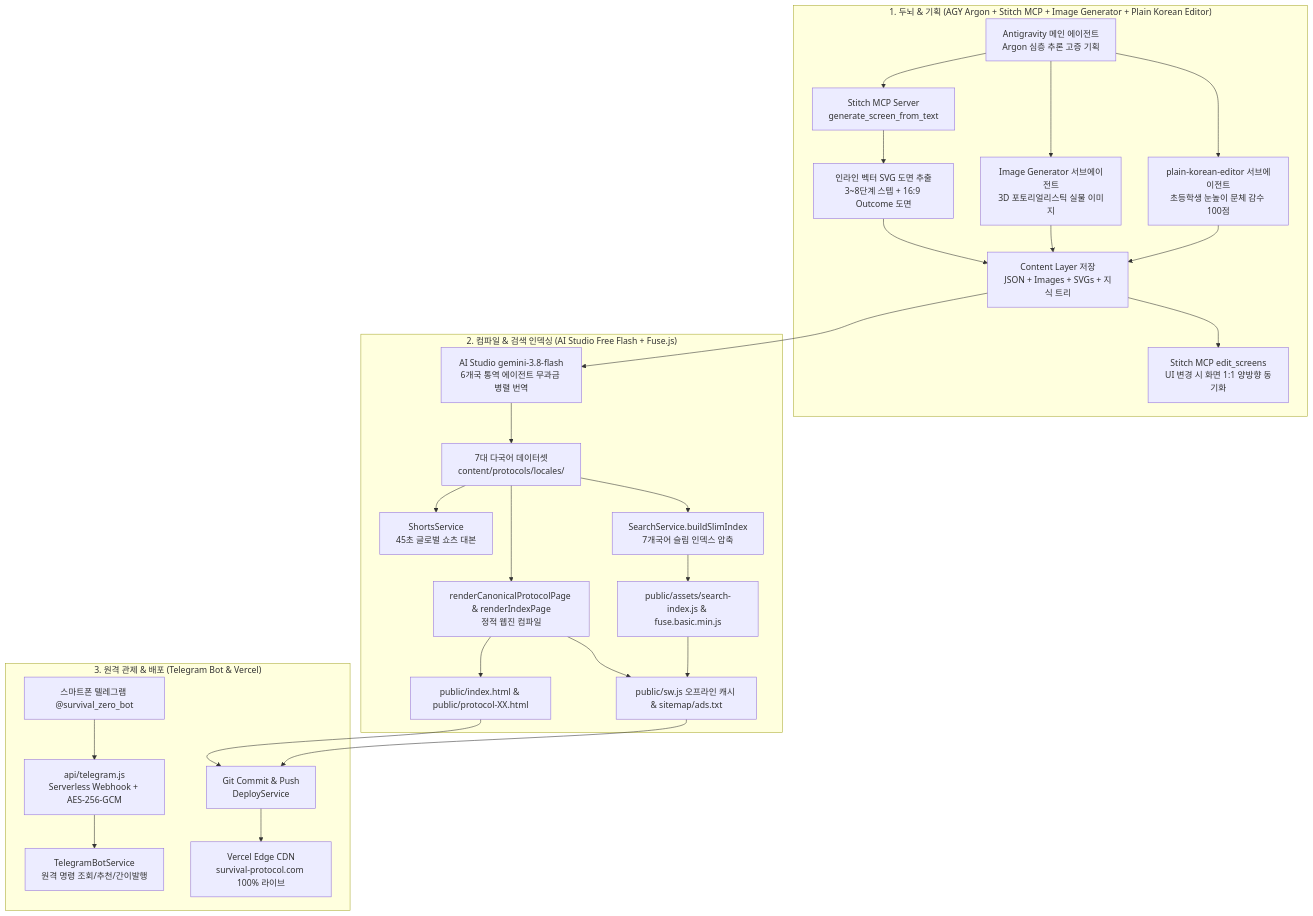
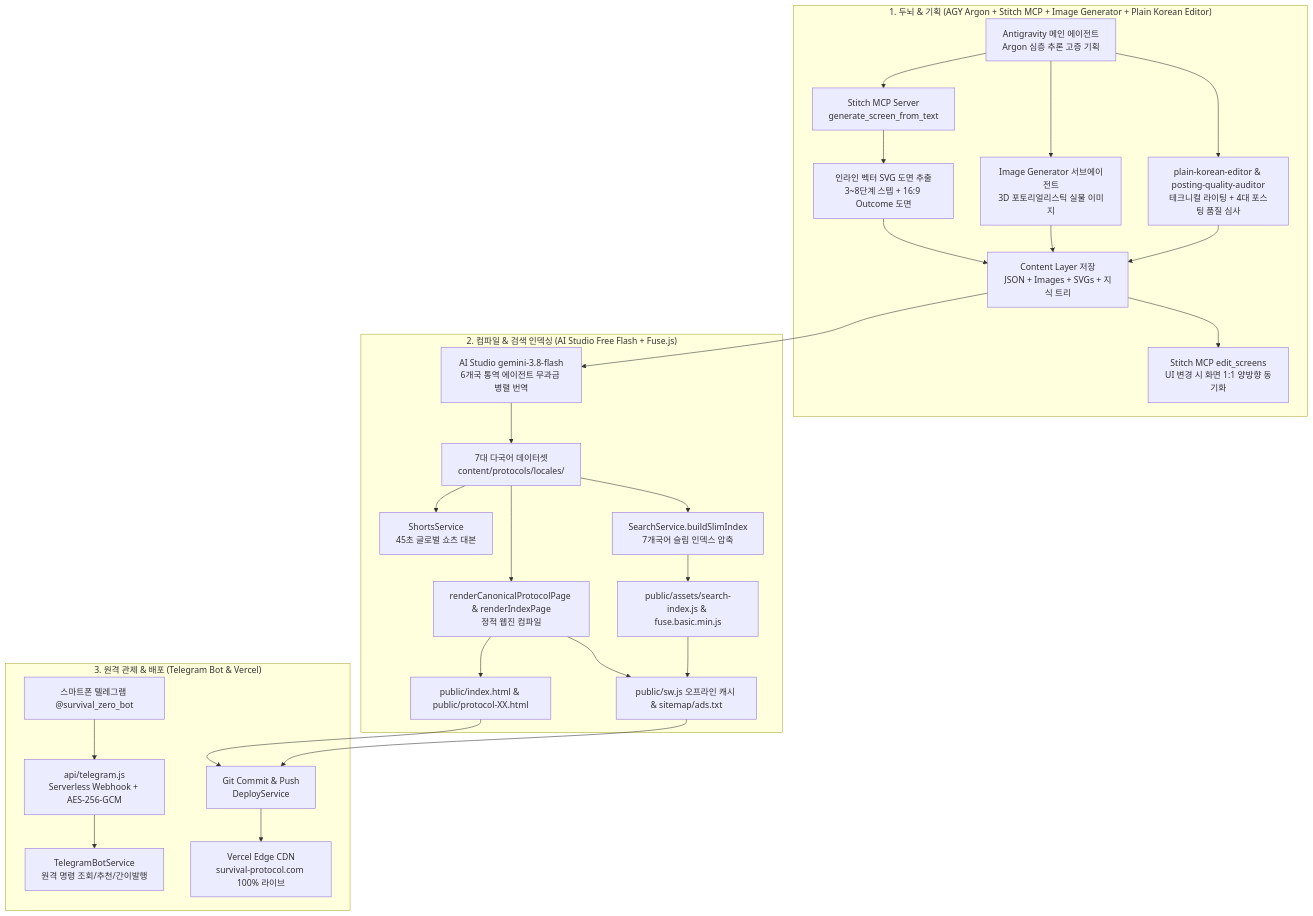
The diagram in PROJECT_SPEC.md (zozero94/survival-protocol), drawn with Mermaid before and after one commit. The commit also changed other lines of this file and 35 other files, not shown here.

````diff
--- a/PROJECT_SPEC.md
+++ b/PROJECT_SPEC.md
@@ -33,29 +35,29 @@
 ```mermaid
 flowchart TD
     subgraph Tier1["1. 두뇌 & 기획 (AGY Argon + Stitch MCP + Image Generator + Plain Korean Editor)"]
         A[Antigravity 메인 에이전트<br/>Argon 심층 추론 고증 기획] --> B[Stitch MCP Server<br/>generate_screen_from_text]
         A --> IMG[Image Generator 서브에이전트<br/>3D 포토리얼리스틱 실물 이미지]
-        A --> EDT[plain-korean-editor 서브에이전트<br/>초등학생 눈높이 문체 감수 100점]
+        A --> EDT[plain-korean-editor & posting-quality-auditor<br/>테크니컬 라이팅 + 4대 포스팅 품질 심사]
         B --> C[인라인 벡터 SVG 도면 추출<br/>3~8단계 스텝 + 16:9 Outcome 도면]
         C & IMG & EDT --> D[Content Layer 저장<br/>JSON + Images + SVGs + 지식 트리]
         D --> E[Stitch MCP edit_screens<br/>UI 변경 시 화면 1:1 양방향 동기화]
     end
 
     subgraph Tier2["2. 컴파일 & 검색 인덱싱 (AI Studio Free Flash + Fuse.js)"]
         D --> F[AI Studio gemini-3.8-flash<br/>6개국 통역 에이전트 무과금 병렬 번역]
         F --> G[7대 다국어 데이터셋<br/>content/protocols/locales/]
         G --> H[renderCanonicalProtocolPage & renderIndexPage<br/>정적 웹진 컴파일]
         G --> I[ShortsService<br/>45초 글로벌 쇼츠 대본]
         G --> SRCH[SearchService.buildSlimIndex<br/>7개국어 슬림 인덱스 압축]
         SRCH --> SIDX[public/assets/search-index.js & fuse.basic.min.js]
         H --> J[public/index.html & public/protocol-XX.html]
         H & SIDX --> K[public/sw.js 오프라인 캐시 & sitemap/ads.txt]
     end
 
     subgraph Tier3["3. 원격 관제 & 배포 (Telegram Bot & Vercel)"]
         L[스마트폰 텔레그램 @survival_zero_bot] --> M[api/telegram.js<br/>Serverless Webhook + AES-256-GCM]
         M --> N[TelegramBotService<br/>원격 명령 조회/추천/간이발행]
         J & K --> O[Git Commit & Push<br/>DeployService]
         O --> P[Vercel Edge CDN<br/>survival-protocol.com 100% 라이브]
     end
 ```
````
